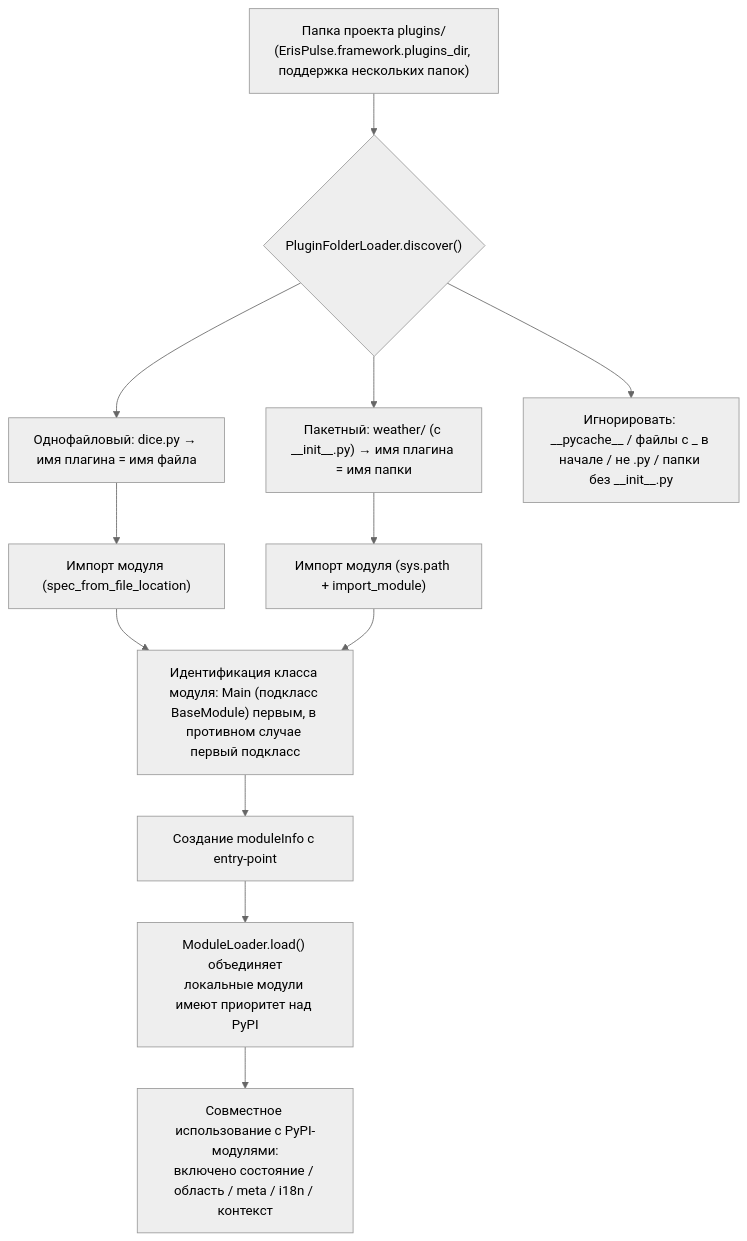
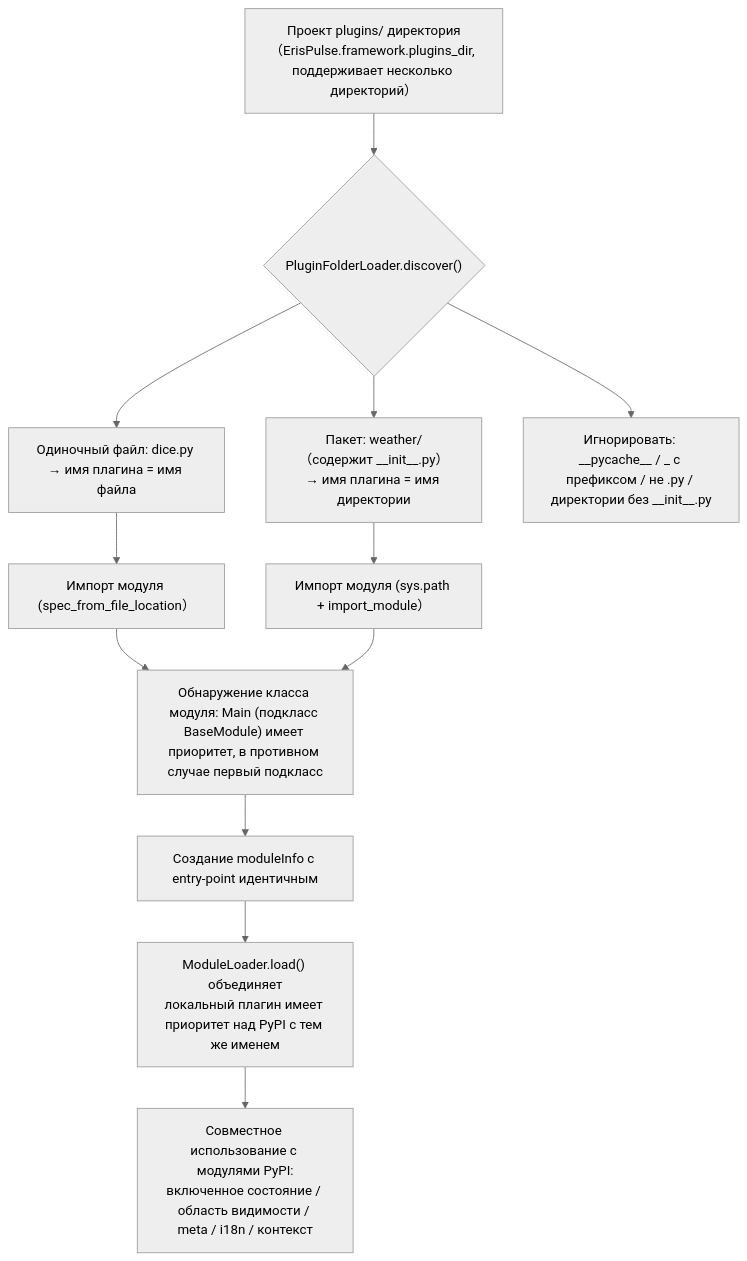
The eighth of 9 diagrams in docs/ru/architecture.md (ErisPulse/ErisPulse), drawn with Mermaid (neutral theme) before and after one commit. The commit also changed other lines of this file and 79 other files, not shown here.

````diff
--- a/docs/ru/architecture.md
+++ b/docs/ru/architecture.md
@@ -257,14 +257,14 @@
 ```mermaid
 flowchart TD
-    A["Папка проекта plugins/<br/>(ErisPulse.framework.plugins_dir, поддержка нескольких папок)"] --> B{"PluginFolderLoader.discover()"}
-    B --> C["Однофайловый: dice.py → имя плагина = имя файла"]
-    B --> D["Пакетный: weather/ (с __init__.py) → имя плагина = имя папки"]
-    B --> E["Игнорировать: __pycache__ / файлы с _ в начале / не .py / папки без __init__.py"]
-    C --> F["Импорт модуля (spec_from_file_location)"]
-    D --> G["Импорт модуля (sys.path + import_module)"]
-    F --> H["Идентификация класса модуля: Main (подкласс BaseModule) первым, в противном случае первый подкласс"]
+    A["Проект plugins/ директория<br/>（ErisPulse.framework.plugins_dir, поддерживает несколько директорий）"] --> B{"PluginFolderLoader.discover()"}
+    B --> C["Одиночный файл: dice.py → имя плагина = имя файла"]
+    B --> D["Пакет: weather/（содержит __init__.py）→ имя плагина = имя директории"]
+    B --> E["Игнорировать: __pycache__ / _ с префиксом / не .py / директории без __init__.py"]
+    C --> F["Импорт модуля (spec_from_file_location）"]
+    D --> G["Импорт модуля (sys.path + import_module）"]
+    F --> H["Обнаружение класса модуля: Main (подкласс BaseModule) имеет приоритет, в противном случае первый подкласс"]
     G --> H
-    H --> I["Создание moduleInfo с entry-point"]
-    I --> J["ModuleLoader.load() объединяет<br/>локальные модули имеют приоритет над PyPI"]
-    J --> K["Совместное использование с PyPI-модулями:<br/>включено состояние / область / meta / i18n / контекст"]
+    H --> I["Создание moduleInfo с entry-point идентичным"]
+    I --> J["ModuleLoader.load() объединяет<br/>локальный плагин имеет приоритет над PyPI с тем же именем"]
+    J --> K["Совместное использование с модулями PyPI:<br/>включенное состояние / область видимости / meta / i18n / контекст"]
 ```
````
